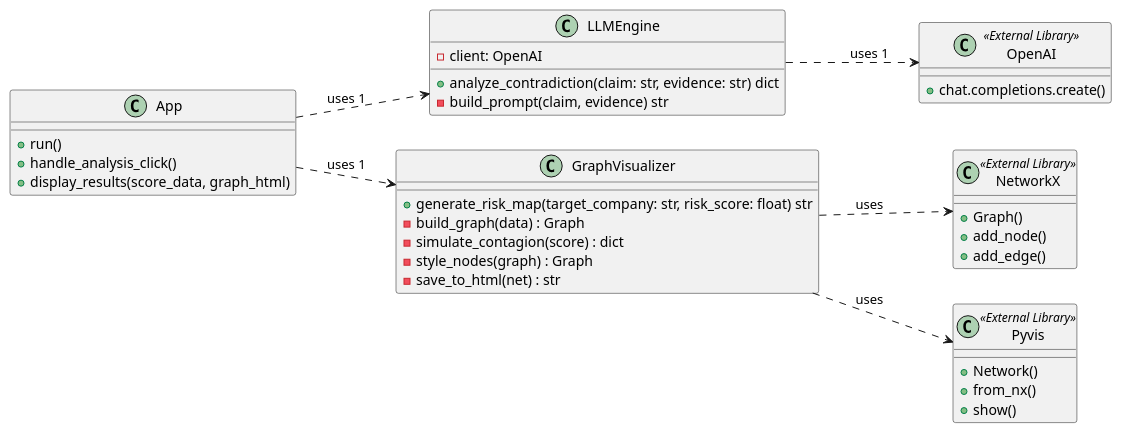
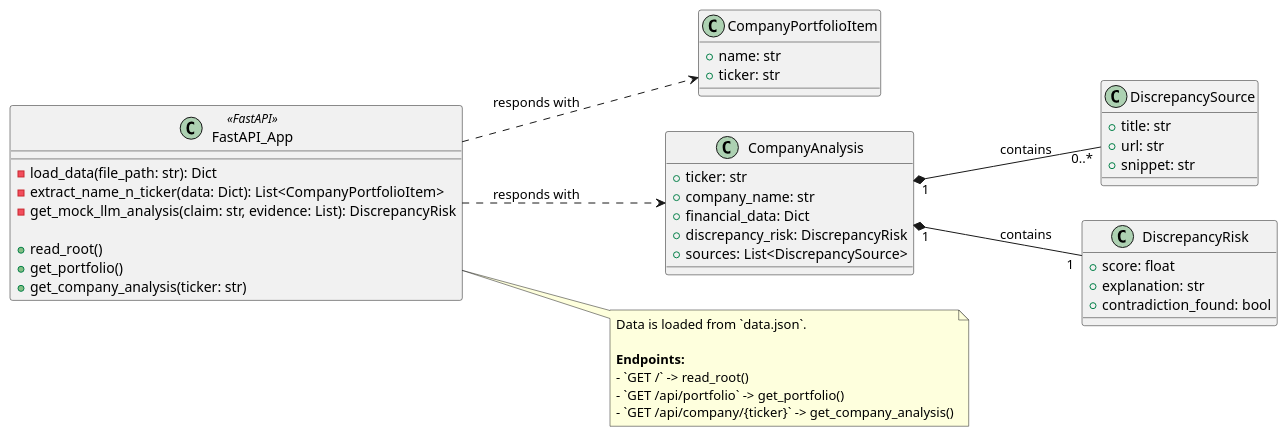
One commit to Rejseri/fintechHackathon changed the diagram in back/class_diagram.puml. Above: the diagram before and after it, drawn with PlantUML. The commit also changed 1 other file, not shown here.

Commit message:
update uml diagrams

```diff
--- a/back/class_diagram.puml
+++ b/back/class_diagram.puml
@@ -1,50 +1,62 @@
 @startuml
 ' Set direction
 left to right direction
 
-' Define classes
-class App {
-  +run()
-  +handle_analysis_click()
-  +display_results(score_data, graph_html)
+' Define Pydantic Models as classes
+class CompanyPortfolioItem {
+  +name: str
+  +ticker: str
 }
 
-class LLMEngine {
-  -client: OpenAI
-  +analyze_contradiction(claim: str, evidence: str) dict
-  -build_prompt(claim, evidence) str
+class DiscrepancySource {
+  +title: str
+  +url: str
+  +snippet: str
 }
 
-class GraphVisualizer {
-  +generate_risk_map(target_company: str, risk_score: float) str
-  -build_graph(data) : Graph
-  -simulate_contagion(score) : dict
-  -style_nodes(graph) : Graph
-  -save_to_html(net) : str
+class DiscrepancyRisk {
+  +score: float
+  +explanation: str
+  +contradiction_found: bool
 }
 
-' External Libraries
-class OpenAI <<External Library>> {
-  +chat.completions.create()
+class CompanyAnalysis {
+  +ticker: str
+  +company_name: str
+  +financial_data: Dict
+  +discrepancy_risk: DiscrepancyRisk
+  +sources: List<DiscrepancySource>
 }
 
-class NetworkX <<External Library>> {
-  +Graph()
-  +add_node()
-  +add_edge()
-}
+' Define FastAPI App as a component
+class FastAPI_App <<FastAPI>> {
+  ' Helper functions
+  - load_data(file_path: str): Dict
+  - extract_name_n_ticker(data: Dict): List<CompanyPortfolioItem>
+  - get_mock_llm_analysis(claim: str, evidence: List): DiscrepancyRisk
 
-class Pyvis <<External Library>> {
-  +Network()
-  +from_nx()
-  +show()
+  ' Endpoint handler methods
+  + read_root()
+  + get_portfolio()
+  + get_company_analysis(ticker: str)
 }
 
 ' Define relationships
-App ..> LLMEngine : "uses 1"
-App ..> GraphVisualizer : "uses 1"
-LLMEngine ..> OpenAI : "uses 1"
-GraphVisualizer ..> NetworkX : "uses"
-GraphVisualizer ..> Pyvis : "uses"
+CompanyAnalysis "1" *-- "1" DiscrepancyRisk : contains
+CompanyAnalysis "1" *-- "0..*" DiscrepancySource : contains
+
+FastAPI_App ..> CompanyAnalysis : "responds with"
+FastAPI_App ..> CompanyPortfolioItem : "responds with"
+
+
+' Note about the data source and endpoints
+note right of FastAPI_App
+  Data is loaded from `data.json`.
+
+  **Endpoints:**
+  - `GET /` -> read_root()
+  - `GET /api/portfolio` -> get_portfolio()
+  - `GET /api/company/{ticker}` -> get_company_analysis()
+end note
 
 @enduml
```
